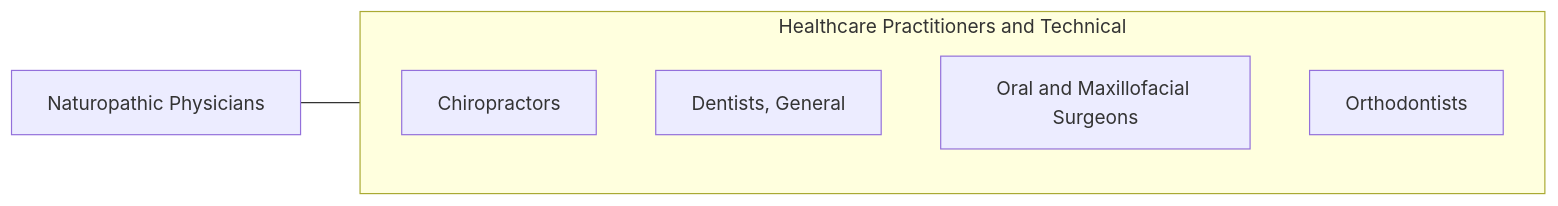
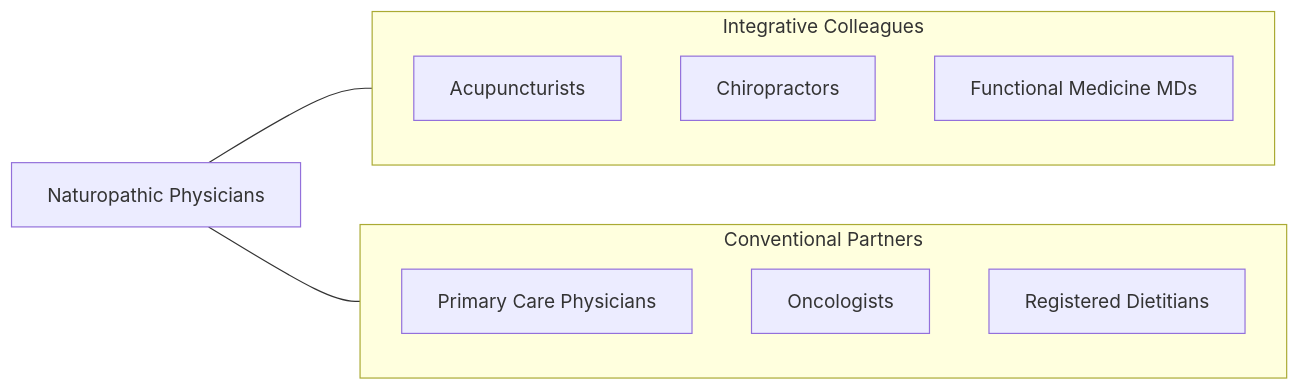
One commit to kziemski/business.org.ai changed the fourth of 4 diagrams in occupations/HealthcarePractitioners/NaturopathicPhysicians.mdx. Above: the diagram before and after it, drawn with Mermaid. The commit also changed other lines of this file and 938 other files, not shown here.

````diff
--- a/occupations/HealthcarePractitioners/NaturopathicPhysicians.mdx
+++ b/occupations/HealthcarePractitioners/NaturopathicPhysicians.mdx
@@ -121,13 +186,19 @@
 ```mermaid
 graph LR
     Current["Naturopathic Physicians"]
 
-    subgraph SameCategory["Healthcare Practitioners and Technical"]
+    subgraph IntegrativeTeam["Integrative Colleagues"]
+        Acupuncturists["Acupuncturists"]
         Chiropractors["Chiropractors"]
-        DentistsGeneral["Dentists, General"]
-        OralAndMaxillofacial["Oral and Maxillofacial Surgeons"]
-        Orthodontists["Orthodontists"]
+        FunctionalMed["Functional Medicine MDs"]
     end
 
-    Current --- SameCategory
+    subgraph Conventional["Conventional Partners"]
+        PrimaryCare["Primary Care Physicians"]
+        Oncologists["Oncologists"]
+        Dietitians["Registered Dietitians"]
+    end
+
+    Current --- IntegrativeTeam
+    Current --- Conventional
 ```
````
